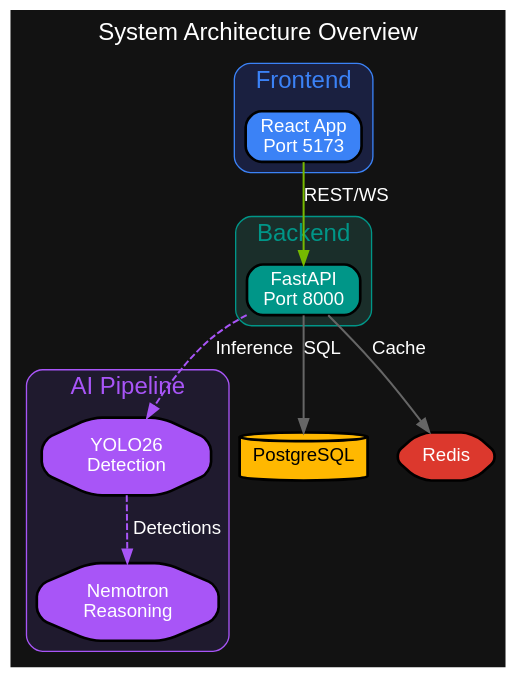
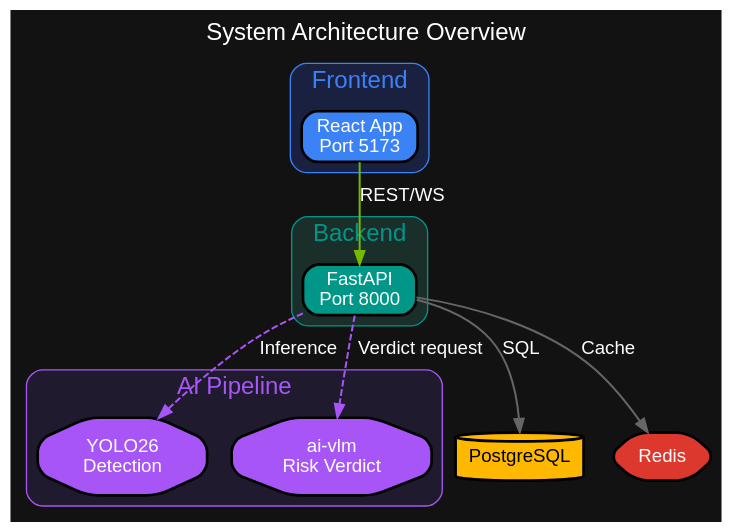
Before and after one commit to mikesvoboda/nemotron-v3-home-security-intelligence: diagram 19 of 21 in docs/images/style-guide.md, drawn with Graphviz. The commit also changed other lines of this file and 231 other files, not shown here.

````diff
--- a/docs/images/style-guide.md
+++ b/docs/images/style-guide.md
@@ -663,60 +665,60 @@
 ```dot
 digraph SystemArchitecture {
     rankdir=TB;
     bgcolor="#121212";
     fontname="Helvetica";
     fontcolor="white";
     label="System Architecture Overview";
     fontsize=18;
     labelloc="t";
 
     node [fontname="Helvetica", fontcolor="white", style="filled,rounded",
           shape=box, penwidth=2];
     edge [fontname="Helvetica", fontcolor="white", color="#666666", penwidth=1.5];
 
     // Frontend
     subgraph cluster_frontend {
         label="Frontend";
         style="rounded,filled";
         color="#3B82F6";
         fillcolor="#1a2040";
         fontcolor="#3B82F6";
 
         REACT [label="React App\nPort 5173", fillcolor="#3B82F6"];
     }
 
     // Backend
     subgraph cluster_backend {
         label="Backend";
         style="rounded,filled";
         color="#009688";
         fillcolor="#1a2e2a";
         fontcolor="#009688";
 
         FASTAPI [label="FastAPI\nPort 8000", fillcolor="#009688"];
     }
 
     // AI
     subgraph cluster_ai {
         label="AI Pipeline";
         style="rounded,filled";
         color="#A855F7";
         fillcolor="#1f1a2e";
         fontcolor="#A855F7";
 
         YOLO26 [label="YOLO26\nDetection", fillcolor="#A855F7", shape=octagon];
-        NEMOTRON [label="Nemotron\nReasoning", fillcolor="#A855F7", shape=octagon];
+        VLM [label="ai-vlm\nRisk Verdict", fillcolor="#A855F7", shape=octagon];
     }
 
     // Data
     POSTGRES [label="PostgreSQL", fillcolor="#FFB800", fontcolor="black", shape=cylinder];
     REDIS [label="Redis", fillcolor="#DC382D", shape=hexagon];
 
     // Connections
     REACT -> FASTAPI [label="REST/WS", color="#76B900"];
     FASTAPI -> POSTGRES [label="SQL"];
     FASTAPI -> REDIS [label="Cache"];
     FASTAPI -> YOLO26 [label="Inference", style="dashed", color="#A855F7"];
-    YOLO26 -> NEMOTRON [label="Detections", style="dashed", color="#A855F7"];
+    FASTAPI -> VLM [label="Verdict request", style="dashed", color="#A855F7"];
 }
 ```
````
